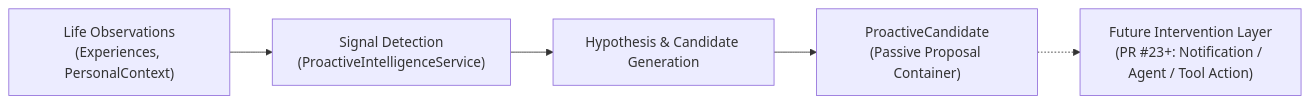
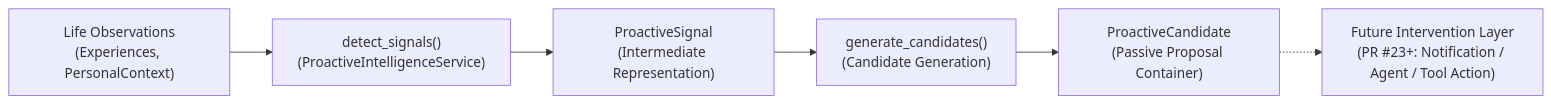
Before and after one commit to shoaAB167/second-brain-ai: the diagram in docs/architecture/proactive_intelligence.md, drawn with Mermaid. The commit also changed other lines of this file and 2 other files, not shown here.

Commit message:
fix(proactive): harden signal heuristics and adopt intermediate ProactiveSignal pipeline

````diff
--- a/docs/architecture/proactive_intelligence.md
+++ b/docs/architecture/proactive_intelligence.md
@@ -9,7 +9,8 @@
 ```mermaid
 graph LR
-    A["Life Observations<br>(Experiences, PersonalContext)"] --> B["Signal Detection<br>(ProactiveIntelligenceService)"]
-    B --> C["Hypothesis & Candidate Generation"]
-    C --> D["ProactiveCandidate<br>(Passive Proposal Container)"]
-    D -.-> E["Future Intervention Layer<br>(PR #23+: Notification / Agent / Tool Action)"]
+    A["Life Observations<br>(Experiences, PersonalContext)"] --> B["detect_signals()<br>(ProactiveIntelligenceService)"]
+    B --> C["ProactiveSignal<br>(Intermediate Representation)"]
+    C --> D["generate_candidates()<br>(Candidate Generation)"]
+    D --> E["ProactiveCandidate<br>(Passive Proposal Container)"]
+    E -.-> F["Future Intervention Layer<br>(PR #23+: Notification / Agent / Tool Action)"]
 ```
````
